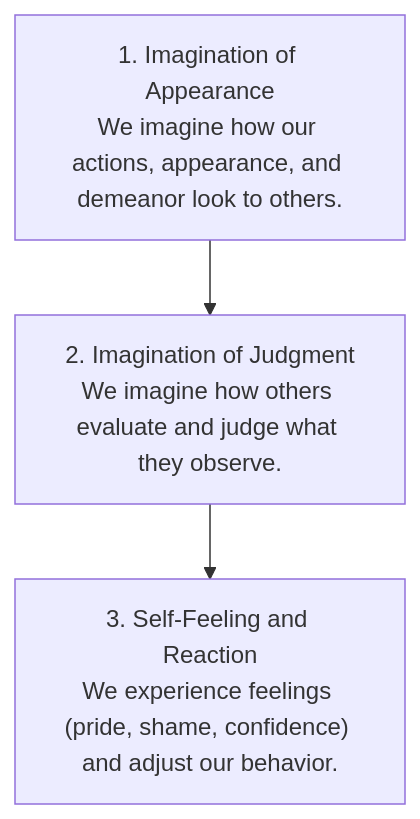
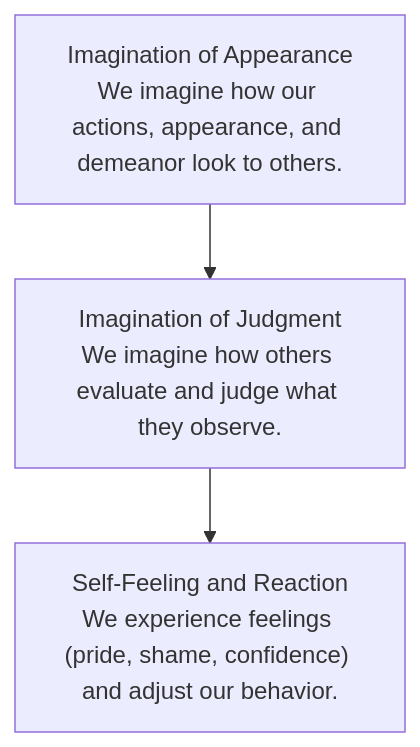
One commit to aidocmr/learn-bscs changed the third of 3 diagrams in content/Year 1/Understanding the Self/3. Sociological on Self.md. Above: the diagram before and after it, drawn with Mermaid. The commit also changed other lines of this file and 20 other files, not shown here.

First line of the commit message:
fix: Remove markdown lists and numbered prefixes from all Mermaid diagrams

````diff
--- a/content/Year 1/Understanding the Self/3. Sociological on Self.md
+++ b/content/Year 1/Understanding the Self/3. Sociological on Self.md
@@ -72,8 +72,8 @@
 ```mermaid
 flowchart TD
-    Step1["1. Imagination of Appearance<br/>We imagine how our actions, appearance, and demeanor look to others."]
-    Step2["2. Imagination of Judgment<br/>We imagine how others evaluate and judge what they observe."]
-    Step3["3. Self-Feeling and Reaction<br/>We experience feelings (pride, shame, confidence) and adjust our behavior."]
+    Step1["Imagination of Appearance<br/>We imagine how our actions, appearance, and demeanor look to others."]
+    Step2["Imagination of Judgment<br/>We imagine how others evaluate and judge what they observe."]
+    Step3["Self-Feeling and Reaction<br/>We experience feelings (pride, shame, confidence) and adjust our behavior."]
 
     Step1 --> Step2 --> Step3
 ```
````
